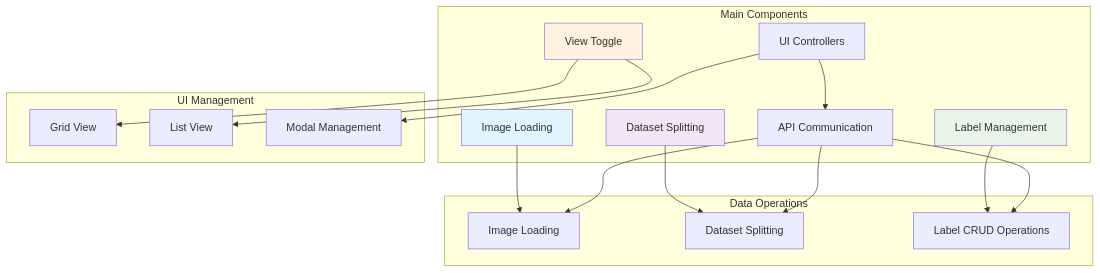
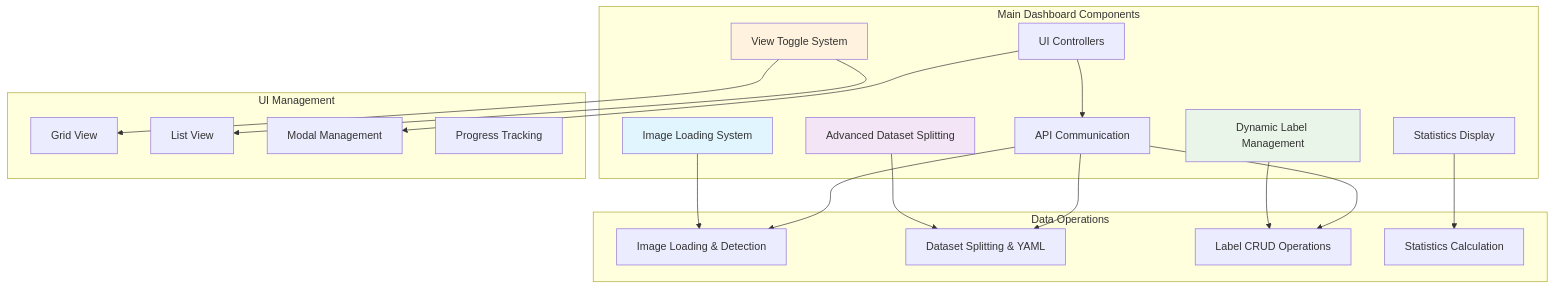
The first of 2 diagrams in documents/mainjs.md (ikedachin/yolo_annotator), drawn with Mermaid before and after one commit. The commit also changed other lines of this file and 4 other files, not shown here.

````diff
--- a/documents/mainjs.md
+++ b/documents/mainjs.md
@@ -11,39 +11,43 @@
 ```mermaid
 graph TB
-    subgraph "Main Components"
-        IL[Image Loading]
-        DS[Dataset Splitting]
-        LM[Label Management]
-        VT[View Toggle]
+    subgraph "Main Dashboard Components"
+        IL[Image Loading System]
+        DS[Advanced Dataset Splitting]
+        LM[Dynamic Label Management]
+        VT[View Toggle System]
+        Stats[Statistics Display]
         UI[UI Controllers]
         API[API Communication]
     end
     
     subgraph "UI Management"
         Grid[Grid View]
         List[List View]
         Modal[Modal Management]
+        Progress[Progress Tracking]
     end
     
     subgraph "Data Operations"
-        Load[Image Loading]
-        Split[Dataset Splitting]
+        Load[Image Loading & Detection]
+        Split[Dataset Splitting & YAML]
         Labels[Label CRUD Operations]
+        Stats_calc[Statistics Calculation]
     end
     
     IL --> Load
     DS --> Split
     LM --> Labels
     VT --> Grid
     VT --> List
+    Stats --> Stats_calc
     UI --> Modal
     UI --> API
     API --> Load
     API --> Split
     API --> Labels
     
     style IL fill:#e1f5fe
     style DS fill:#f3e5f5
     style LM fill:#e8f5e8
     style VT fill:#fff3e0
 ```
````
